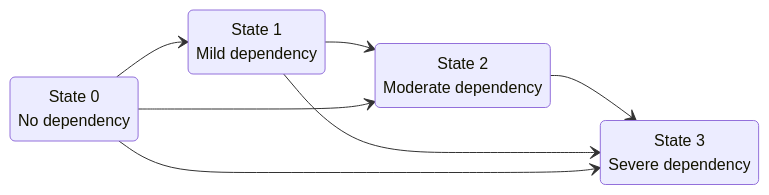
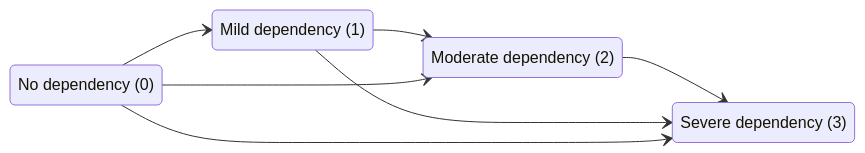
The diagram in diagrams/hier-graph.qmd (felixlaplante0/multistate-paper), drawn with Mermaid before and after one commit.

````diff
--- a/diagrams/hier-graph.qmd
+++ b/diagrams/hier-graph.qmd
@@ -7,16 +7,16 @@
 ```{mermaid}
 stateDiagram-v2
     direction LR
 
-    state "State 0<br>No dependency" as S0
-    state "State 1<br>Mild dependency" as S1
-    state "State 2<br>Moderate dependency" as S2
-    state "State 3<br>Severe dependency" as S3
+    state "No dependency (0)" as S0
+    state "Mild dependency (1)" as S1
+    state "Moderate dependency (2)" as S2
+    state "Severe dependency (3)" as S3
 
     S0 --> S1
     S1 --> S2
     S2 --> S3
     S0 --> S2
     S1 --> S3
     S0 --> S3
 ```
````
